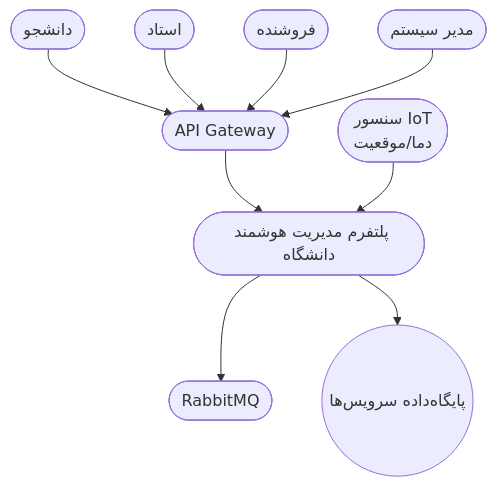
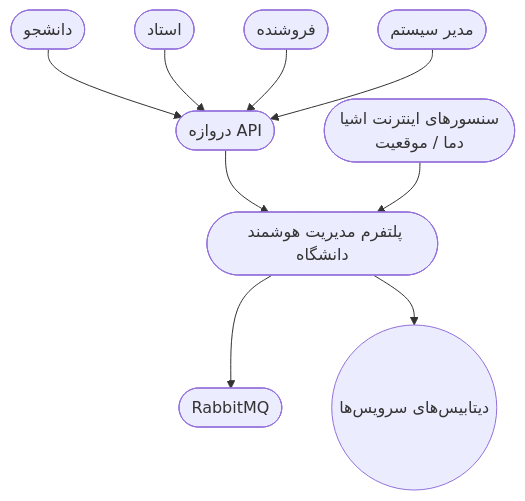
The second of 8 diagrams in README.md (Amir-Goli-1383/test), drawn with Mermaid before and after one commit. The commit also changed other lines of this file, not shown here.

````diff
--- a/README.md
+++ b/README.md
@@ -84,23 +79,21 @@
 ```mermaid
 flowchart TB
     Student([دانشجو])
     Teacher([استاد])
     Seller([فروشنده])
     Admin([مدیر سیستم])
-
-    APIGateway([API Gateway])
+    APIGateway([دروازه API])
     MainSystem([پلتفرم مدیریت هوشمند دانشگاه])
     MessageBroker([RabbitMQ])
-    DBs((پایگاه‌داده سرویس‌ها))
-    IoTDevice([سنسور IoT<br/>دما/موقعیت])
+    DBs((دیتابیس‌های سرویس‌ها))
+    IoTDevice([سنسورهای اینترنت اشیا<br/>دما / موقعیت])
 
     Student --> APIGateway
     Teacher --> APIGateway
     Seller --> APIGateway
     Admin --> APIGateway
-
     APIGateway --> MainSystem
     MainSystem --> MessageBroker
     MainSystem --> DBs
     IoTDevice --> MainSystem
 ```
````
